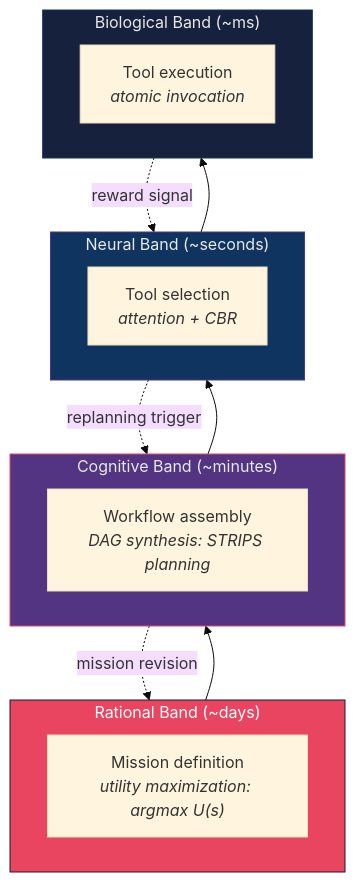
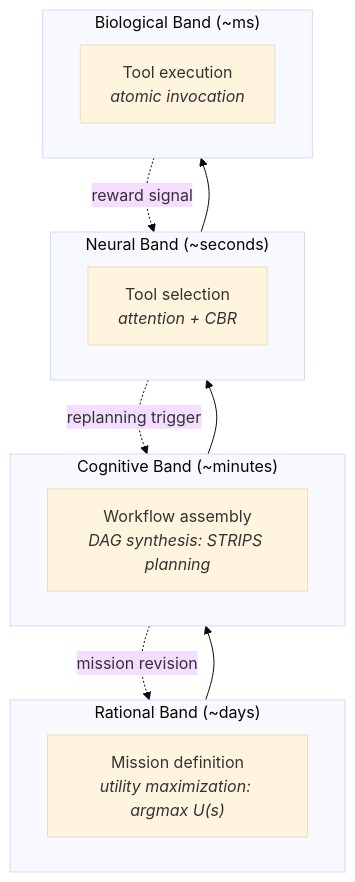
The second of 2 diagrams in docs/agi/orchestration_as_cognition.md (docxology/codomyrmex), drawn with Mermaid (base theme) before and after one commit. The commit also changed other lines of this file and 86 other files, not shown here.

````diff
--- a/docs/agi/orchestration_as_cognition.md
+++ b/docs/agi/orchestration_as_cognition.md
@@ -94,28 +89,23 @@
 ```mermaid
 graph TD
     subgraph RATIONAL["Rational Band (~days)"]
         MISSION["Mission definition<br/><i>utility maximization: argmax U(s)</i>"]
     end
 
     subgraph COGNITIVE["Cognitive Band (~minutes)"]
         WORKFLOW["Workflow assembly<br/><i>DAG synthesis: STRIPS planning</i>"]
     end
 
     subgraph NEURAL["Neural Band (~seconds)"]
         SELECTION["Tool selection<br/><i>attention + CBR</i>"]
     end
 
     subgraph BIOLOGICAL["Biological Band (~ms)"]
         EXECUTION["Tool execution<br/><i>atomic invocation</i>"]
     end
 
     RATIONAL --> COGNITIVE --> NEURAL --> BIOLOGICAL
     BIOLOGICAL -.->|"reward signal"| NEURAL
     NEURAL -.->|"replanning trigger"| COGNITIVE
     COGNITIVE -.->|"mission revision"| RATIONAL
-
-    style RATIONAL fill:#e94560,stroke:#1a1a2e,color:#fff
-    style COGNITIVE fill:#533483,stroke:#e94560,color:#e8e8e8
-    style NEURAL fill:#0f3460,stroke:#533483,color:#e8e8e8
-    style BIOLOGICAL fill:#16213e,stroke:#0f3460,color:#e8e8e8
 ```
````
